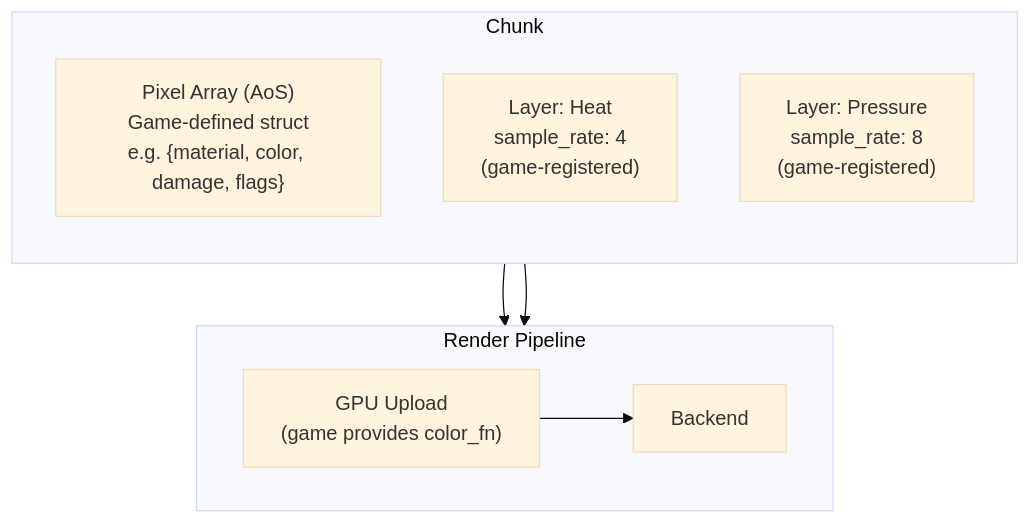
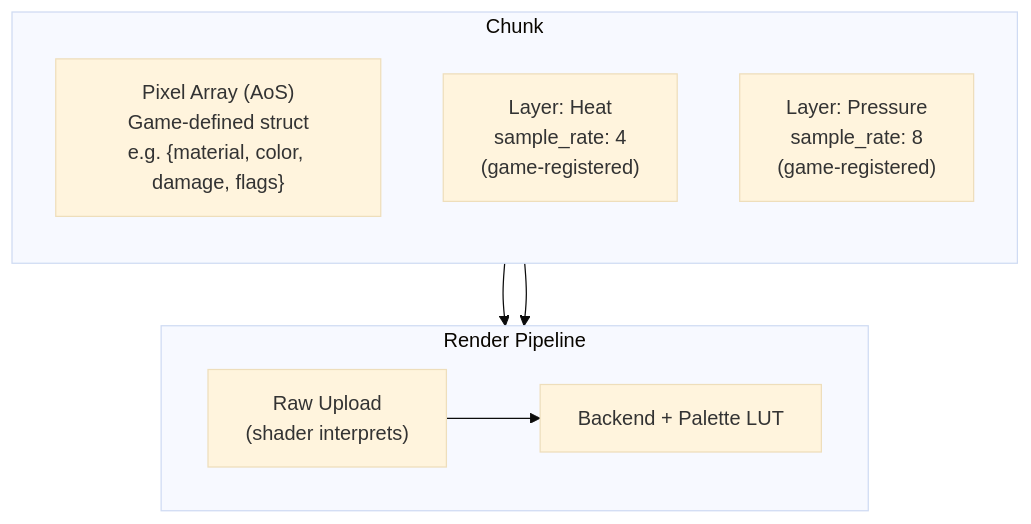
The third of 5 diagrams in docs/arhitecture/modularity/pixel-layers.md (api-haus/bevy_pixel_world), drawn with Mermaid (base theme) before and after one commit. The commit also changed other lines of this file and 2 other files, not shown here.

First line of the commit message:
docs: remove color extraction callback, raw GPU upload instead

````diff
--- a/docs/arhitecture/modularity/pixel-layers.md
+++ b/docs/arhitecture/modularity/pixel-layers.md
@@ -242,19 +242,19 @@
 ```mermaid
 flowchart TB
     subgraph Chunk["Chunk<GamePixel>"]
         direction TB
         Pixels["Pixel Array (AoS)<br/>Game-defined struct<br/>e.g. {material, color, damage, flags}"]
         L1["Layer: Heat<br/>sample_rate: 4<br/>(game-registered)"]
         L2["Layer: Pressure<br/>sample_rate: 8<br/>(game-registered)"]
     end
 
     subgraph Render["Render Pipeline"]
         direction LR
-        R1["GPU Upload<br/>(game provides color_fn)"]
-        R2["Backend"]
+        R1["Raw Upload<br/>(shader interprets)"]
+        R2["Backend + Palette LUT"]
     end
 
     Pixels --> R1
     L1 --> R1
     R1 --> R2
 ```
````
